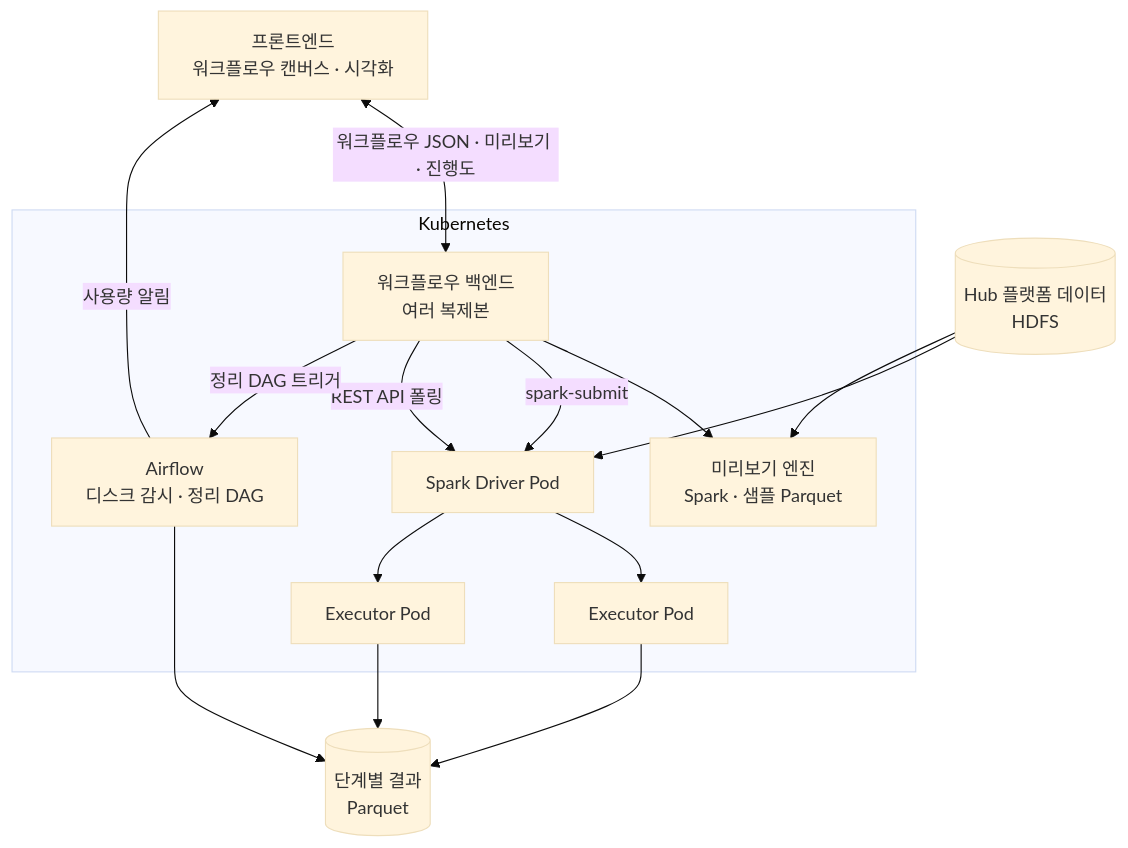
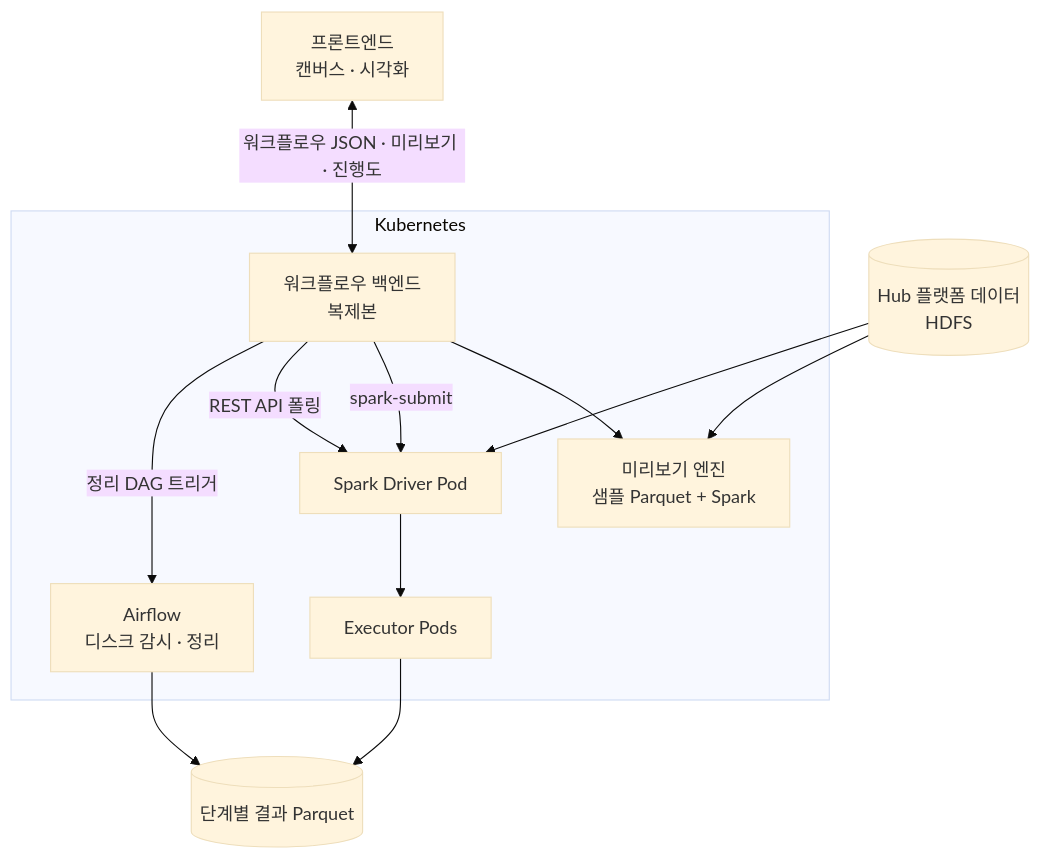
One commit to hufs0529/spark-workflow-builder changed the second of 2 diagrams in README.md. Above: the diagram before and after it, drawn with Mermaid (base theme). The commit also changed other lines of this file, not shown here.

````diff
--- a/README.md
+++ b/README.md
@@ -58,17 +29,14 @@
 ```mermaid
 flowchart TB
-  FE[프론트엔드<br/>워크플로우 캔버스 · 시각화] <-->|워크플로우 JSON · 미리보기 · 진행도| BE
+  FE[프론트엔드<br/>캔버스 · 시각화] <-->|워크플로우 JSON · 미리보기 · 진행도| BE
   subgraph K8S[Kubernetes]
-    BE[워크플로우 백엔드<br/>여러 복제본] --> PV[미리보기 엔진<br/>Spark · 샘플 Parquet]
-    BE -->|spark-submit| DRV[Spark Driver Pod]
-    DRV --> EX1[Executor Pod]
-    DRV --> EX2[Executor Pod]
+    BE[워크플로우 백엔드<br/>복제본] --> PV[미리보기 엔진<br/>샘플 Parquet + Spark]
+    BE -->|spark-submit| DRV[Spark Driver Pod] --> EX[Executor Pods]
     BE -->|REST API 폴링| DRV
-    AF[Airflow<br/>디스크 감시 · 정리 DAG]
+    AF[Airflow<br/>디스크 감시 · 정리]
   end
-  HDFS[(Hub 플랫폼 데이터<br/>HDFS)] --> DRV & PV
-  EX1 & EX2 --> ST[(단계별 결과<br/>Parquet)]
+  HDFS[(Hub 플랫폼 데이터<br/>HDFS)] --> PV & DRV
+  EX --> ST[(단계별 결과 Parquet)]
   AF --> ST
   BE -->|정리 DAG 트리거| AF
-  AF -->|사용량 알림| FE
 ```
````
